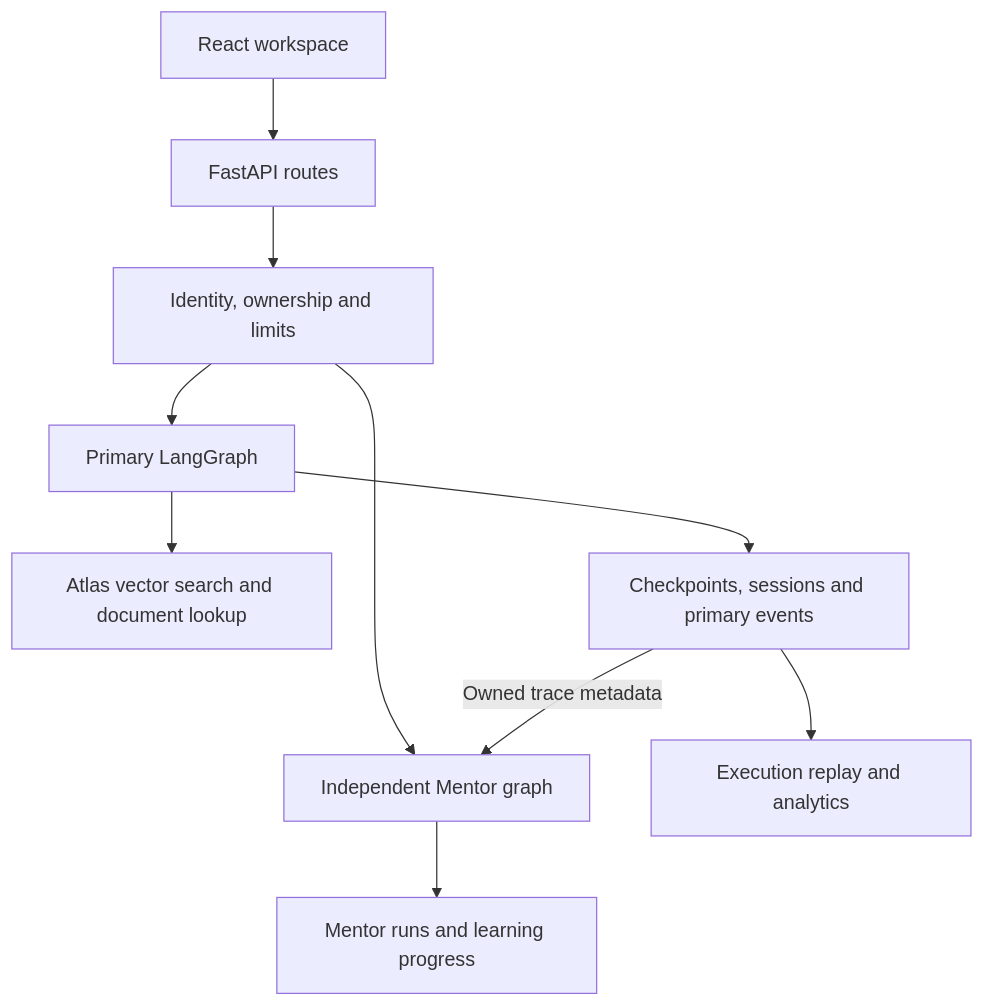
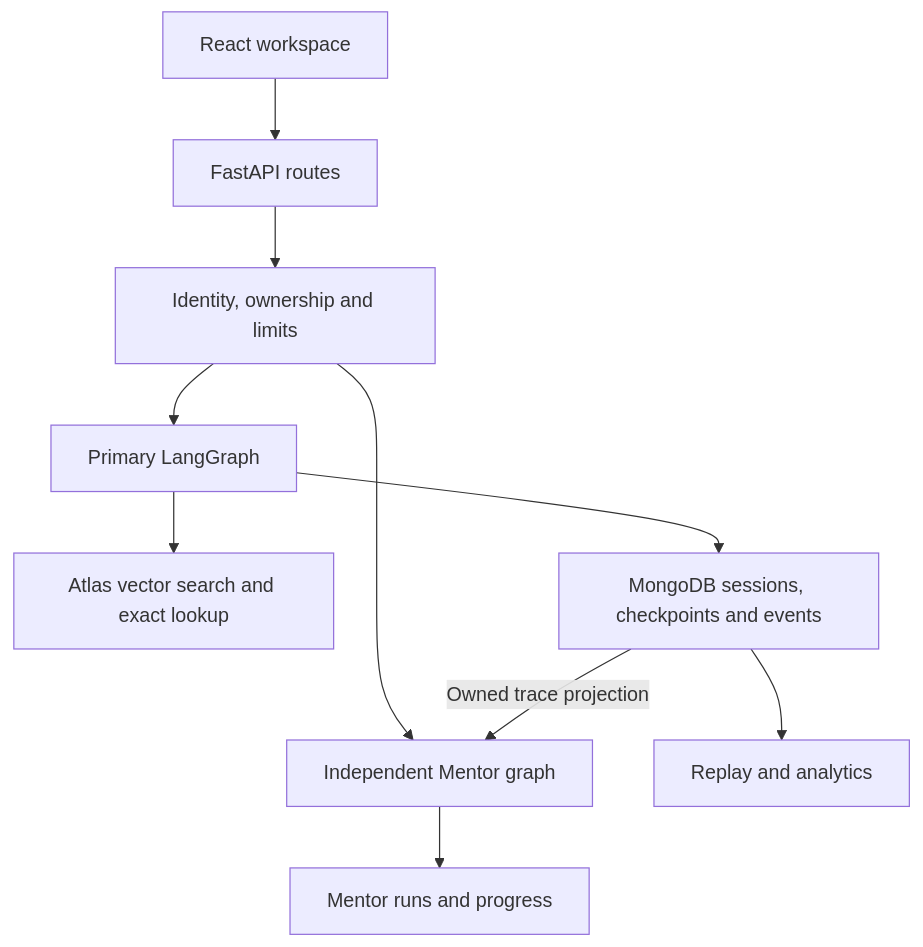
The first of 2 diagrams in README.md (DharmiSapariya/AI-Agents-with-MongoDB-Certification), drawn with Mermaid before and after one commit. The commit also changed other lines of this file, not shown here.

Commit message:
docs: showcase MongoDB AI Agent Platform and certification

````diff
--- a/README.md
+++ b/README.md
@@ -66,12 +61,12 @@
 ```mermaid
 flowchart TD
     UI["React workspace"] --> API["FastAPI routes"]
     API --> Policy["Identity, ownership and limits"]
     Policy --> Primary["Primary LangGraph"]
     Policy --> Mentor["Independent Mentor graph"]
-    Primary --> Retrieval["Atlas vector search and document lookup"]
-    Primary --> State["Checkpoints, sessions and primary events"]
-    State -->|"Owned trace metadata"| Mentor
-    Mentor --> Learning["Mentor runs and learning progress"]
-    State --> Replay["Execution replay and analytics"]
+    Primary --> Retrieval["Atlas vector search and exact lookup"]
+    Primary --> State["MongoDB sessions, checkpoints and events"]
+    State -->|"Owned trace projection"| Mentor
+    State --> Replay["Replay and analytics"]
+    Mentor --> Learning["Mentor runs and progress"]
 ```
````
